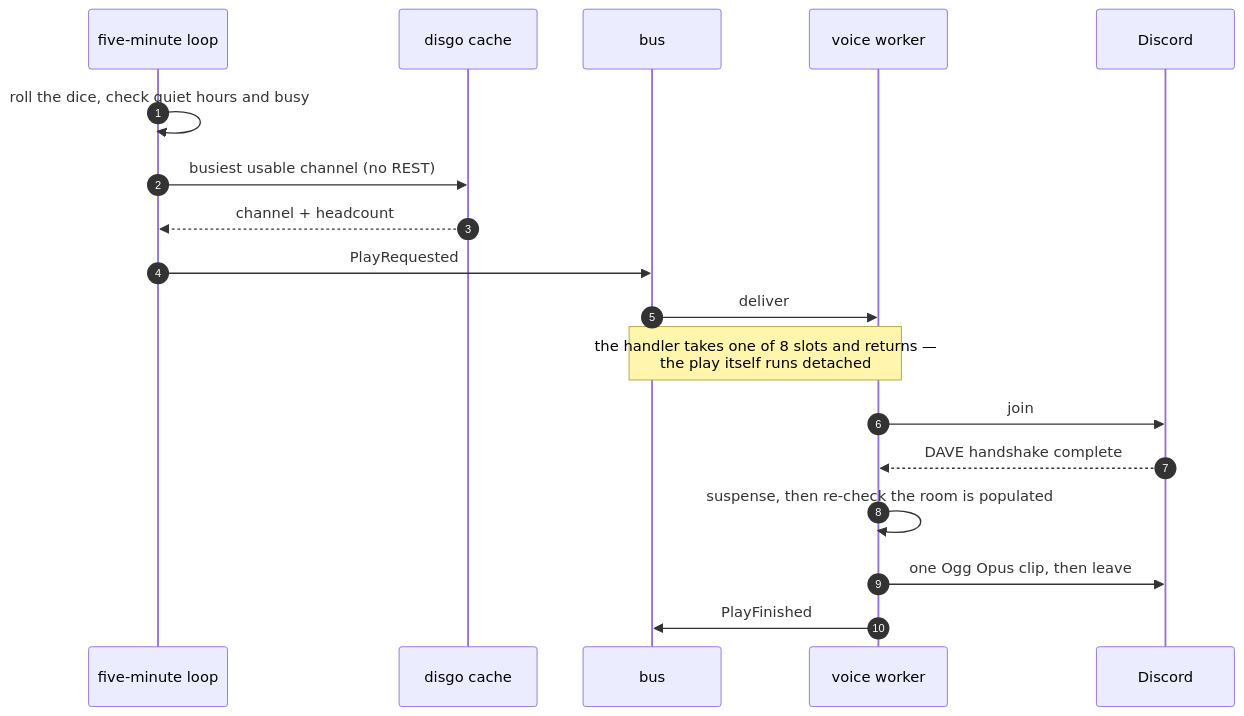
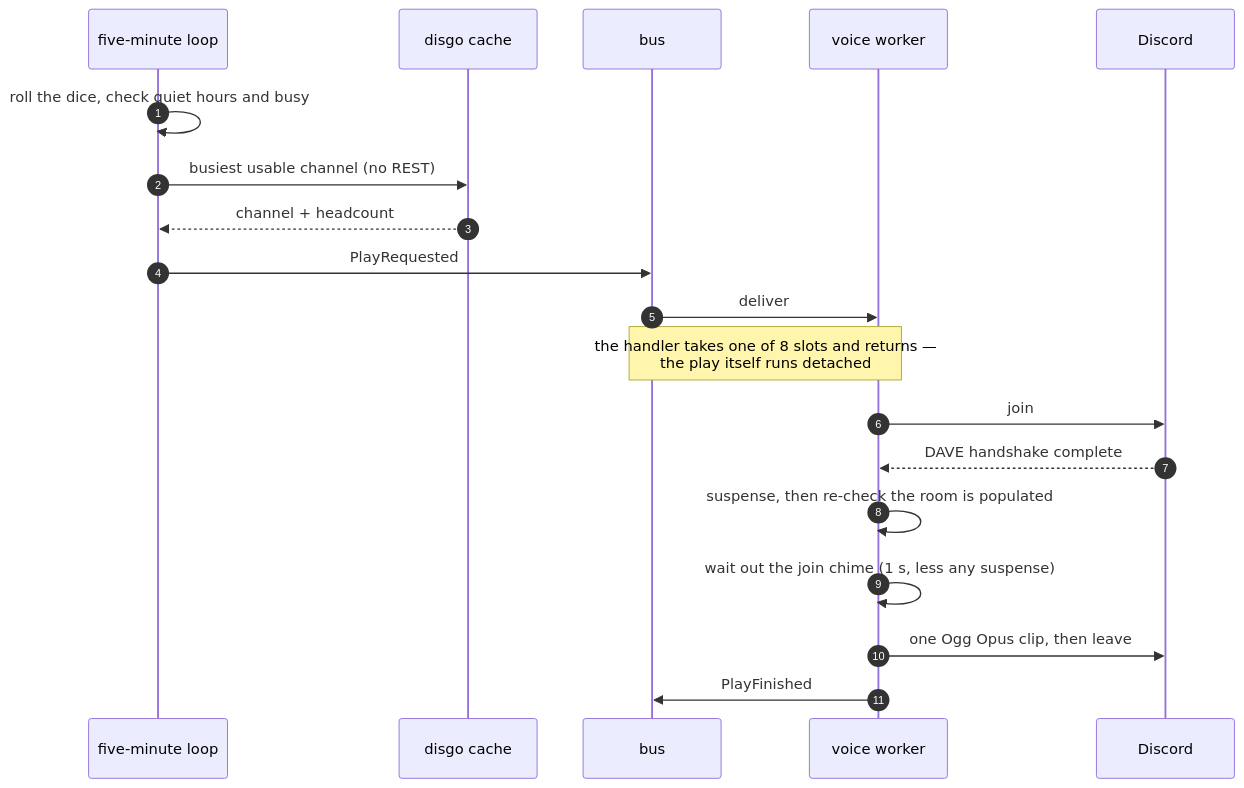
Before and after one commit to CouCou-HQ/coucou: the first of 2 diagrams in README.md, drawn with Mermaid. The commit also changed 1 other file, not shown here.

Commit message:
fix(voice): wait out Discord's join chime before the first clip (#32)

````diff
--- a/README.md
+++ b/README.md
@@ -308,21 +308,22 @@
 ```mermaid
 sequenceDiagram
     autonumber
     participant Sched as five-minute loop
     participant Cache as disgo cache
     participant Bus as bus
     participant Worker as voice worker
     participant Discord
 
     Sched->>Sched: roll the dice, check quiet hours and busy
     Sched->>Cache: busiest usable channel (no REST)
     Cache-->>Sched: channel + headcount
     Sched->>Bus: PlayRequested
     Bus->>Worker: deliver
     Note over Bus,Worker: the handler takes one of 8 slots and returns —<br/>the play itself runs detached
     Worker->>Discord: join
     Discord-->>Worker: DAVE handshake complete
     Worker->>Worker: suspense, then re-check the room is populated
+    Worker->>Worker: wait out the join chime (1 s, less any suspense)
     Worker->>Discord: one Ogg Opus clip, then leave
     Worker->>Bus: PlayFinished
 ```
````
